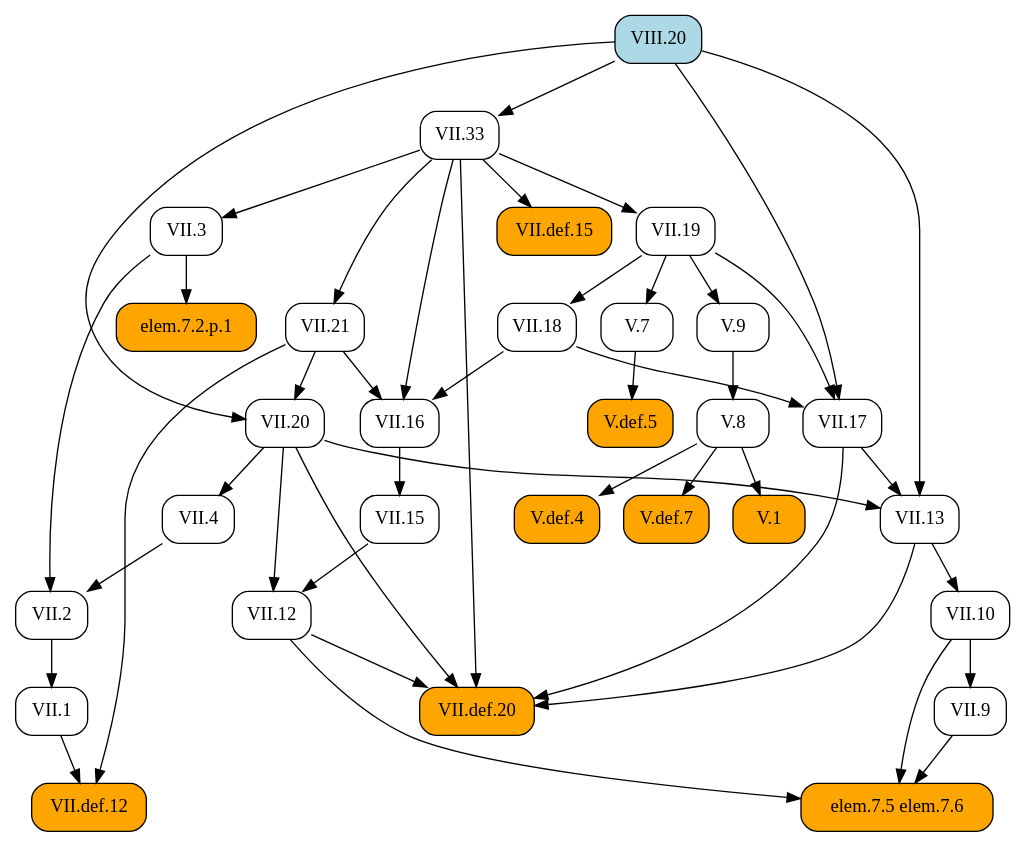
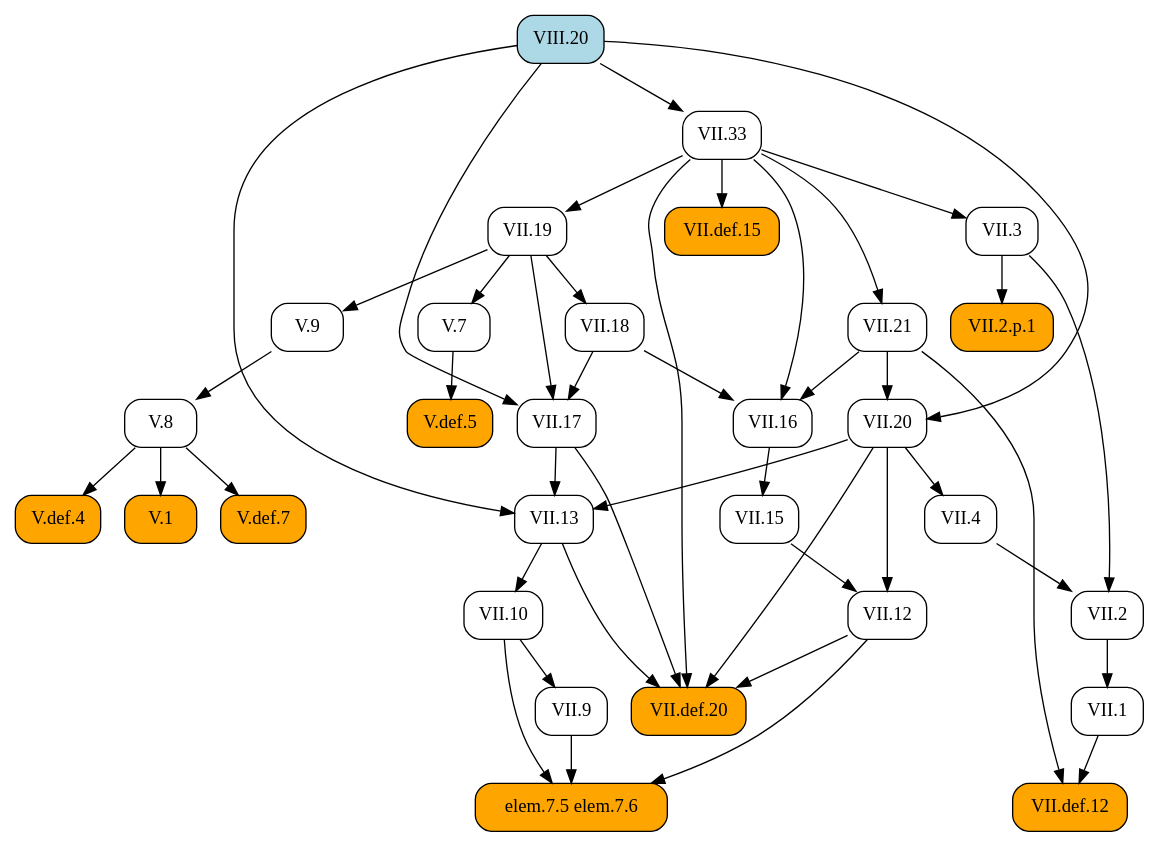
Before and after one commit to geometor/elements: the diagram in docsrc/heath/VIII/20/index.rst, drawn with Graphviz. The commit also changed 484 other files, not shown here.

```diff
--- a/docsrc/heath/VIII/20/index.rst
+++ b/docsrc/heath/VIII/20/index.rst
@@ -52,79 +52,79 @@
 .. graphviz::
 
    digraph {
      rankdir="TB";
      node [shape=box, style=rounded];
-     "VII.def.12" [style="rounded,filled", fillcolor=orange, URL="/heath/VII/def.12/", target="_top"];
-     "V.8" [URL="/heath/V/8/", target="_top"];
      "VII.33" [URL="/heath/VII/33/", target="_top"];
-     "VII.1" [URL="/heath/VII/1/", target="_top"];
-     "elem.7.2.p.1" [style="rounded,filled", fillcolor=orange];
-     "VII.10" [URL="/heath/VII/10/", target="_top"];
+     "VII.12" [URL="/heath/VII/12/", target="_top"];
+     "elem.7.5 elem.7.6" [style="rounded,filled", fillcolor=orange];
+     "VIII.20" [style="rounded,filled", fillcolor=lightblue, URL="/heath/VIII/20/", target="_top"];
+     "V.def.7" [style="rounded,filled", fillcolor=orange, URL="/heath/V/def.7/", target="_top"];
      "VII.9" [URL="/heath/VII/9/", target="_top"];
-     "VII.def.15" [style="rounded,filled", fillcolor=orange, URL="/heath/VII/def.15/", target="_top"];
-     "V.def.5" [style="rounded,filled", fillcolor=orange, URL="/heath/V/def.5/", target="_top"];
-     "VII.19" [URL="/heath/VII/19/", target="_top"];
      "VII.18" [URL="/heath/VII/18/", target="_top"];
      "VII.16" [URL="/heath/VII/16/", target="_top"];
+     "V.7" [URL="/heath/V/7/", target="_top"];
+     "VII.21" [URL="/heath/VII/21/", target="_top"];
+     "V.def.5" [style="rounded,filled", fillcolor=orange, URL="/heath/V/def.5/", target="_top"];
+     "V.def.4" [style="rounded,filled", fillcolor=orange, URL="/heath/V/def.4/", target="_top"];
+     "V.9" [URL="/heath/V/9/", target="_top"];
+     "VII.1" [URL="/heath/VII/1/", target="_top"];
+     "VII.10" [URL="/heath/VII/10/", target="_top"];
+     "V.8" [URL="/heath/V/8/", target="_top"];
+     "VII.13" [URL="/heath/VII/13/", target="_top"];
      "VII.4" [URL="/heath/VII/4/", target="_top"];
-     "VII.21" [URL="/heath/VII/21/", target="_top"];
+     "VII.2.p.1" [style="rounded,filled", fillcolor=orange];
+     "VII.def.12" [style="rounded,filled", fillcolor=orange, URL="/heath/VII/def.12/", target="_top"];
+     "VII.20" [URL="/heath/VII/20/", target="_top"];
      "V.1" [style="rounded,filled", fillcolor=orange, URL="/heath/V/1/", target="_top"];
+     "VII.def.15" [style="rounded,filled", fillcolor=orange, URL="/heath/VII/def.15/", target="_top"];
      "VII.3" [URL="/heath/VII/3/", target="_top"];
      "VII.17" [URL="/heath/VII/17/", target="_top"];
-     "elem.7.5 elem.7.6" [style="rounded,filled", fillcolor=orange];
-     "VII.20" [URL="/heath/VII/20/", target="_top"];
-     "V.7" [URL="/heath/V/7/", target="_top"];
-     "V.9" [URL="/heath/V/9/", target="_top"];
-     "V.def.4" [style="rounded,filled", fillcolor=orange, URL="/heath/V/def.4/", target="_top"];
-     "VII.13" [URL="/heath/VII/13/", target="_top"];
+     "VII.19" [URL="/heath/VII/19/", target="_top"];
      "VII.2" [URL="/heath/VII/2/", target="_top"];
-     "VIII.20" [style="rounded,filled", fillcolor=lightblue, URL="/heath/VIII/20/", target="_top"];
-     "V.def.7" [style="rounded,filled", fillcolor=orange, URL="/heath/V/def.7/", target="_top"];
-     "VII.12" [URL="/heath/VII/12/", target="_top"];
+     "VII.def.20" [style="rounded,filled", fillcolor=orange, URL="/heath/VII/def.20/", target="_top"];
      "VII.15" [URL="/heath/VII/15/", target="_top"];
-     "VII.def.20" [style="rounded,filled", fillcolor=orange, URL="/heath/VII/def.20/", target="_top"];
-     "VII.1" -> "VII.def.12";
-     "VII.21" -> "VII.def.12";
-     "V.9" -> "V.8";
      "VIII.20" -> "VII.33";
-     "VII.2" -> "VII.1";
-     "VII.3" -> "elem.7.2.p.1";
-     "VII.13" -> "VII.10";
+     "VII.15" -> "VII.12";
+     "VII.20" -> "VII.12";
+     "VII.9" -> "elem.7.5 elem.7.6";
+     "VII.10" -> "elem.7.5 elem.7.6";
+     "VII.12" -> "elem.7.5 elem.7.6";
+     "V.8" -> "V.def.7";
      "VII.10" -> "VII.9";
-     "VII.33" -> "VII.def.15";
-     "V.7" -> "V.def.5";
-     "VII.33" -> "VII.19";
      "VII.19" -> "VII.18";
      "VII.18" -> "VII.16";
      "VII.21" -> "VII.16";
      "VII.33" -> "VII.16";
+     "VII.19" -> "V.7";
+     "VII.33" -> "VII.21";
+     "V.7" -> "V.def.5";
+     "V.8" -> "V.def.4";
+     "VII.19" -> "V.9";
+     "VII.2" -> "VII.1";
+     "VII.13" -> "VII.10";
+     "V.9" -> "V.8";
+     "VII.17" -> "VII.13";
+     "VII.20" -> "VII.13";
+     "VIII.20" -> "VII.13";
      "VII.20" -> "VII.4";
-     "VII.33" -> "VII.21";
+     "VII.3" -> "VII.2.p.1";
+     "VII.1" -> "VII.def.12";
+     "VII.21" -> "VII.def.12";
+     "VII.21" -> "VII.20";
+     "VIII.20" -> "VII.20";
      "V.8" -> "V.1";
+     "VII.33" -> "VII.def.15";
      "VII.33" -> "VII.3";
      "VII.18" -> "VII.17";
      "VII.19" -> "VII.17";
      "VIII.20" -> "VII.17";
-     "VII.9" -> "elem.7.5 elem.7.6";
-     "VII.10" -> "elem.7.5 elem.7.6";
-     "VII.12" -> "elem.7.5 elem.7.6";
-     "VII.21" -> "VII.20";
-     "VIII.20" -> "VII.20";
-     "VII.19" -> "V.7";
-     "VII.19" -> "V.9";
-     "V.8" -> "V.def.4";
-     "VII.17" -> "VII.13";
-     "VII.20" -> "VII.13";
-     "VIII.20" -> "VII.13";
+     "VII.33" -> "VII.19";
      "VII.3" -> "VII.2";
      "VII.4" -> "VII.2";
-     "V.8" -> "V.def.7";
-     "VII.15" -> "VII.12";
-     "VII.20" -> "VII.12";
-     "VII.16" -> "VII.15";
      "VII.12" -> "VII.def.20";
      "VII.13" -> "VII.def.20";
      "VII.17" -> "VII.def.20";
      "VII.20" -> "VII.def.20";
      "VII.33" -> "VII.def.20";
+     "VII.16" -> "VII.15";
    }
```
